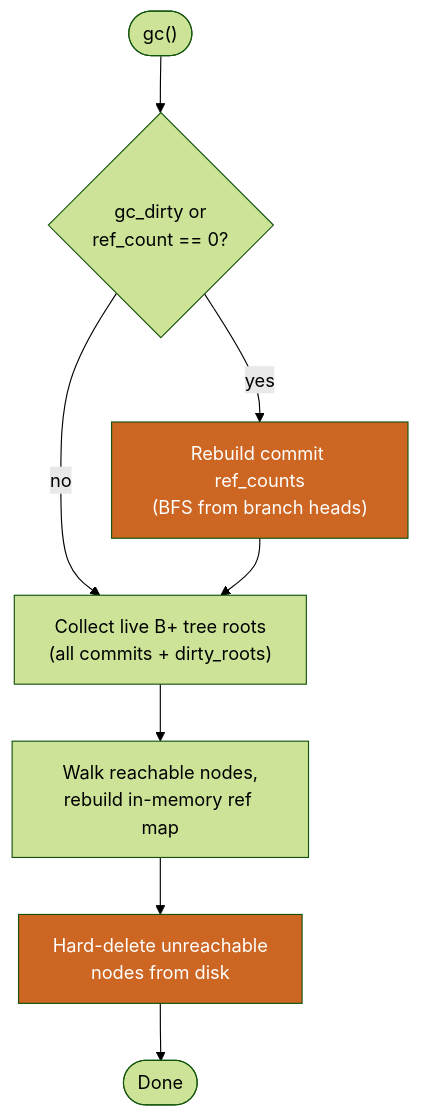
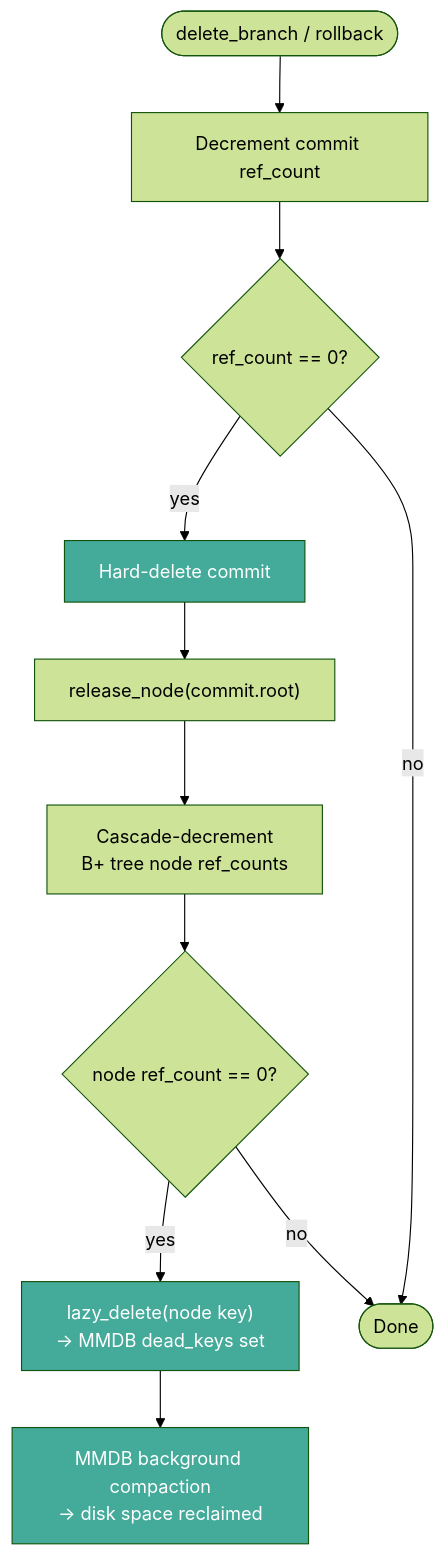
Before and after one commit to rust-util-collections/vsdb: diagram 14 of 18 in strata/docs/versioned.md, drawn with Mermaid (forest theme). The commit also changed other lines of this file and 6 other files, not shown here.

First line of the commit message:
feat(btree): wire lazy_delete into release_node for automatic disk reclamation

````diff
--- a/strata/docs/versioned.md
+++ b/strata/docs/versioned.md
@@ -458,13 +457,17 @@
 ```mermaid
 flowchart TD
-    Start(["gc()"]) --> Check{"gc_dirty or<br/>ref_count == 0?"}
-    Check -->|yes| Rebuild["Rebuild commit ref_counts<br/>(BFS from branch heads)"]
-    Check -->|no| S2
-    Rebuild --> S2["Collect live B+ tree roots<br/>(all commits + dirty_roots)"]
-    S2 --> Mark["Walk reachable nodes,<br/>rebuild in-memory ref map"]
-    Mark --> Sweep["Hard-delete unreachable<br/>nodes from disk"]
-    Sweep --> Done(["Done"])
+    Start(["delete_branch / rollback"]) --> RC["Decrement commit ref_count"]
+    RC --> Dead{"ref_count == 0?"}
+    Dead -->|yes| Del["Hard-delete commit"]
+    Del --> Rel["release_node(commit.root)"]
+    Rel --> NodeRC["Cascade-decrement<br/>B+ tree node ref_counts"]
+    NodeRC --> NodeDead{"node ref_count == 0?"}
+    NodeDead -->|yes| Lazy["lazy_delete(node key)<br/>→ MMDB dead_keys set"]
+    Lazy --> Compact["MMDB background compaction<br/>→ disk space reclaimed"]
+    Dead -->|no| Done(["Done"])
+    NodeDead -->|no| Done
 
-    style Rebuild fill:#c62,color:#fff
-    style Sweep fill:#c62,color:#fff
+    style Del fill:#4a9,color:#fff
+    style Lazy fill:#4a9,color:#fff
+    style Compact fill:#4a9,color:#fff
 ```
````
